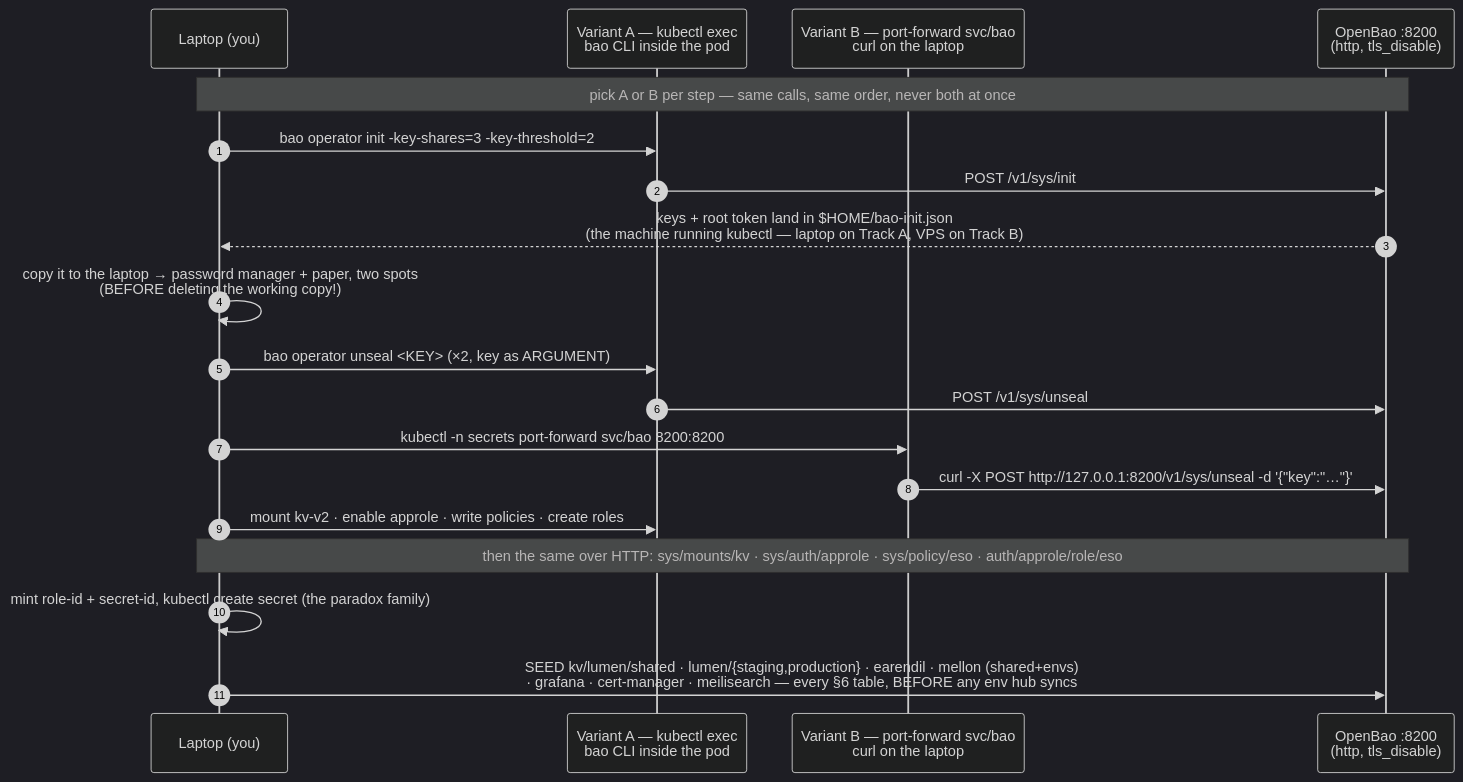
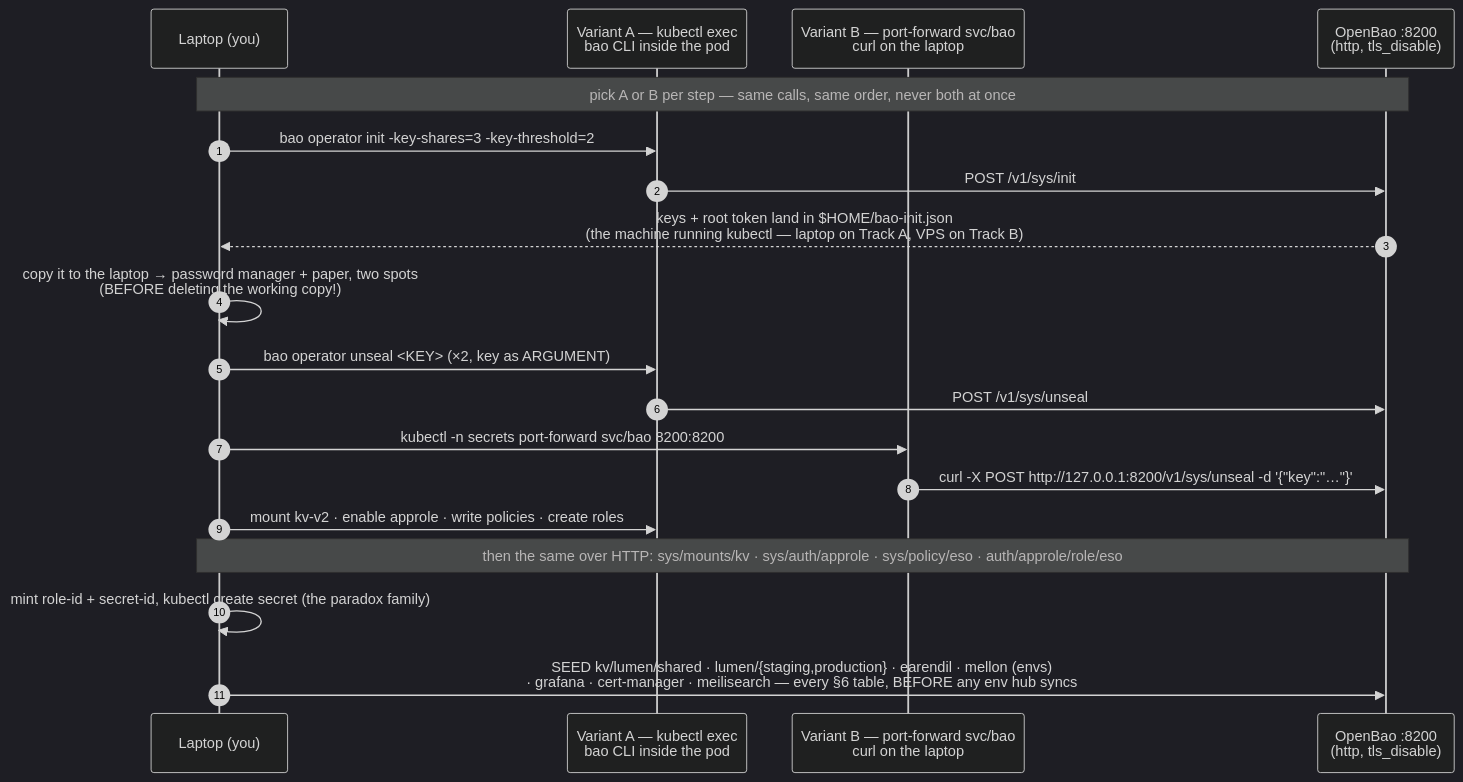
One commit to kanatabi/omicron changed the diagram in runbook/05-vault.md. Above: the diagram before and after it, drawn with Mermaid (dark theme). The commit also changed other lines of this file and 2 other files, not shown here.

First line of the commit message:
docs(vault): kv/mellon/shared retired — per-env apps read their own four keys

````diff
--- a/runbook/05-vault.md
+++ b/runbook/05-vault.md
@@ -79,21 +79,21 @@
 ```mermaid
 sequenceDiagram
     autonumber
     participant L as Laptop (you)
     participant A as Variant A — kubectl exec<br/>bao CLI inside the pod
     participant B as Variant B — port-forward svc/bao<br/>curl on the laptop
     participant V as OpenBao :8200<br/>(http, tls_disable)
     Note over L,V: pick A or B per step — same calls, same order, never both at once
     L->>A: bao operator init -key-shares=3 -key-threshold=2
     A->>V: POST /v1/sys/init
     V-->>L: keys + root token land in $HOME/bao-init.json<br/>(the machine running kubectl — laptop on Track A, VPS on Track B)
     L->>L: copy it to the laptop → password manager + paper, two spots<br/>(BEFORE deleting the working copy!)
     L->>A: bao operator unseal <KEY> (×2, key as ARGUMENT)
     A->>V: POST /v1/sys/unseal
     L->>B: kubectl -n secrets port-forward svc/bao 8200:8200
     B->>V: curl -X POST http://127.0.0.1:8200/v1/sys/unseal -d '{"key":"…"}'
     L->>A: mount kv-v2 · enable approle · write policies · create roles
     Note over L,V: then the same over HTTP: sys/mounts/kv · sys/auth/approle · sys/policy/eso · auth/approle/role/eso
     L->>L: mint role-id + secret-id, kubectl create secret (the paradox family)
-    L->>V: SEED kv/lumen/shared · lumen/{staging,production} · earendil · mellon (shared+envs)<br/>· grafana · cert-manager · meilisearch — every §6 table, BEFORE any env hub syncs
+    L->>V: SEED kv/lumen/shared · lumen/{staging,production} · earendil · mellon (envs)<br/>· grafana · cert-manager · meilisearch — every §6 table, BEFORE any env hub syncs
 ```
````
